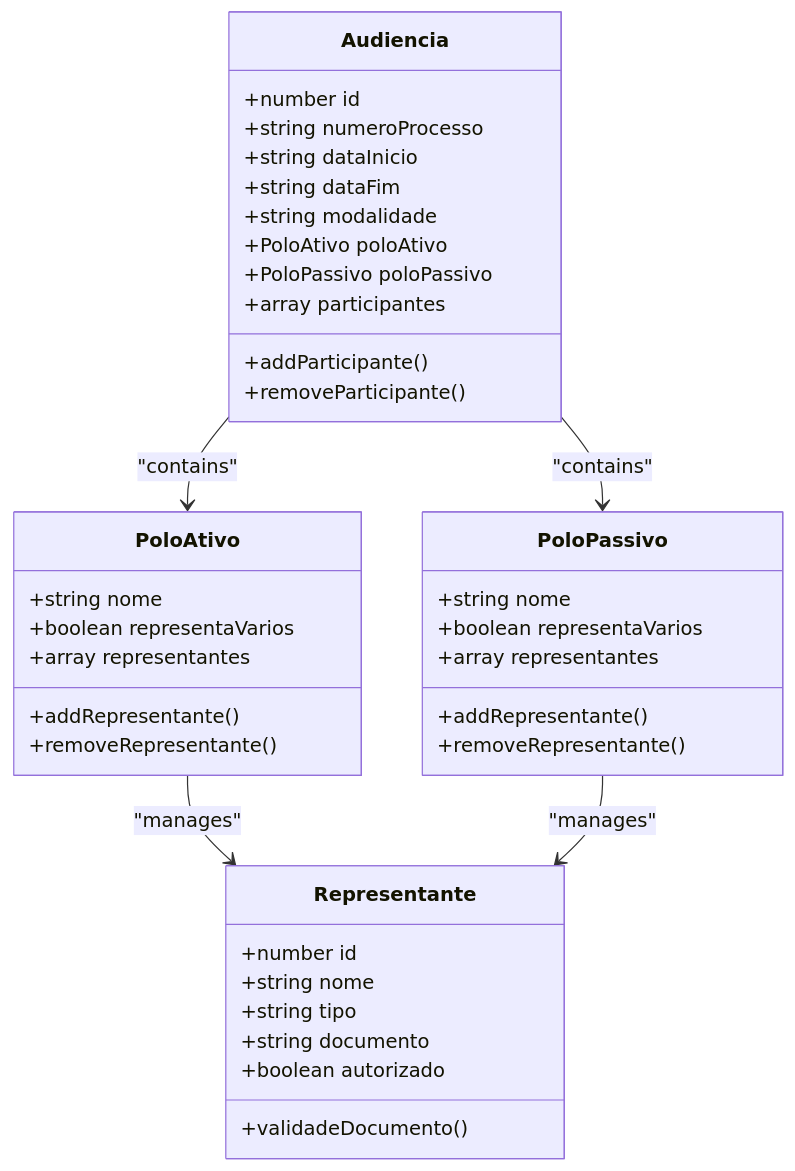
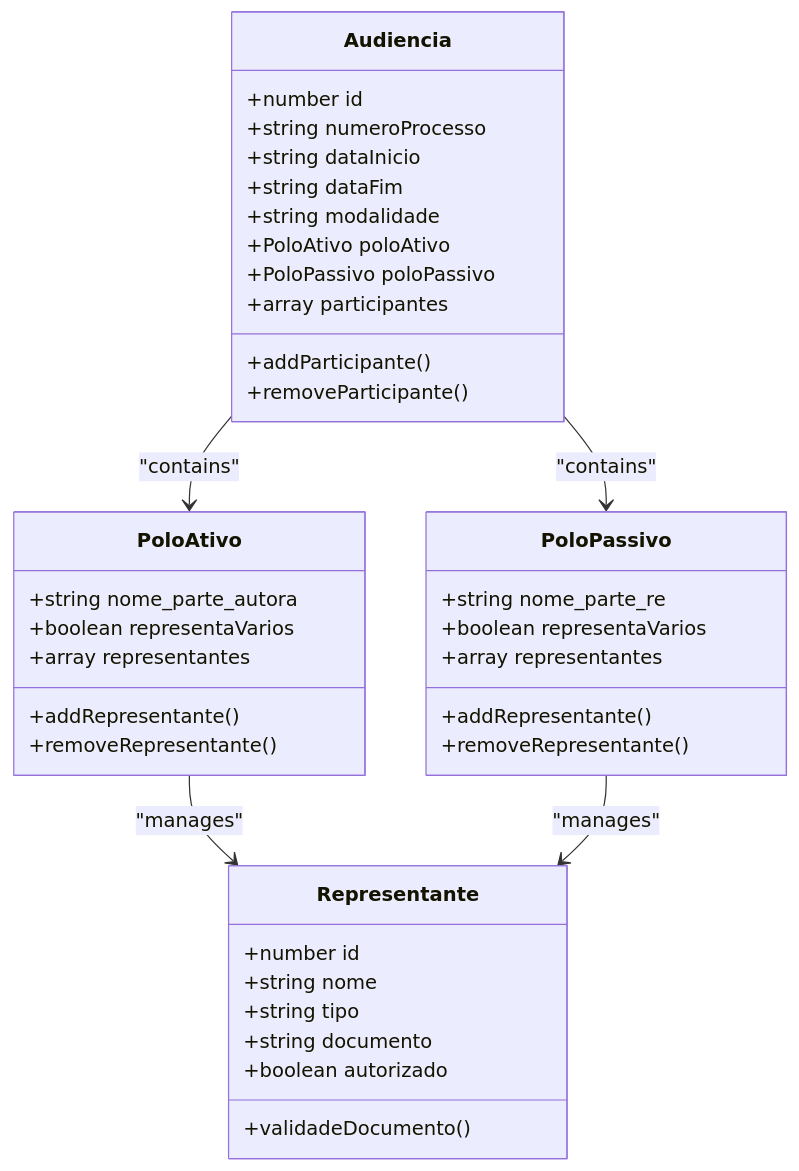
One commit to SinesysTech/zattar-os changed the ninth of 20 diagrams in .qoder/repowiki/en/content/Audiência Management.md. Above: the diagram before and after it, drawn with Mermaid. The commit also changed other lines of this file and 4 other files, not shown here.

````diff
--- a/.qoder/repowiki/en/content/Audiência Management.md
+++ b/.qoder/repowiki/en/content/Audiência Management.md
@@ -508,41 +512,41 @@
 ```mermaid
 classDiagram
 class PoloAtivo {
-+string nome
++string nome_parte_autora
 +boolean representaVarios
 +array representantes
 +addRepresentante()
 +removeRepresentante()
 }
 class PoloPassivo {
-+string nome
++string nome_parte_re
 +boolean representaVarios
 +array representantes
 +addRepresentante()
 +removeRepresentante()
 }
 class Representante {
 +number id
 +string nome
 +string tipo
 +string documento
 +boolean autorizado
 +validadeDocumento()
 }
 class Audiencia {
 +number id
 +string numeroProcesso
 +string dataInicio
 +string dataFim
 +string modalidade
 +PoloAtivo poloAtivo
 +PoloPassivo poloPassivo
 +array participantes
 +addParticipante()
 +removeParticipante()
 }
 Audiencia --> PoloAtivo : "contains"
 Audiencia --> PoloPassivo : "contains"
 PoloAtivo --> Representante : "manages"
 PoloPassivo --> Representante : "manages"
 ```
````
